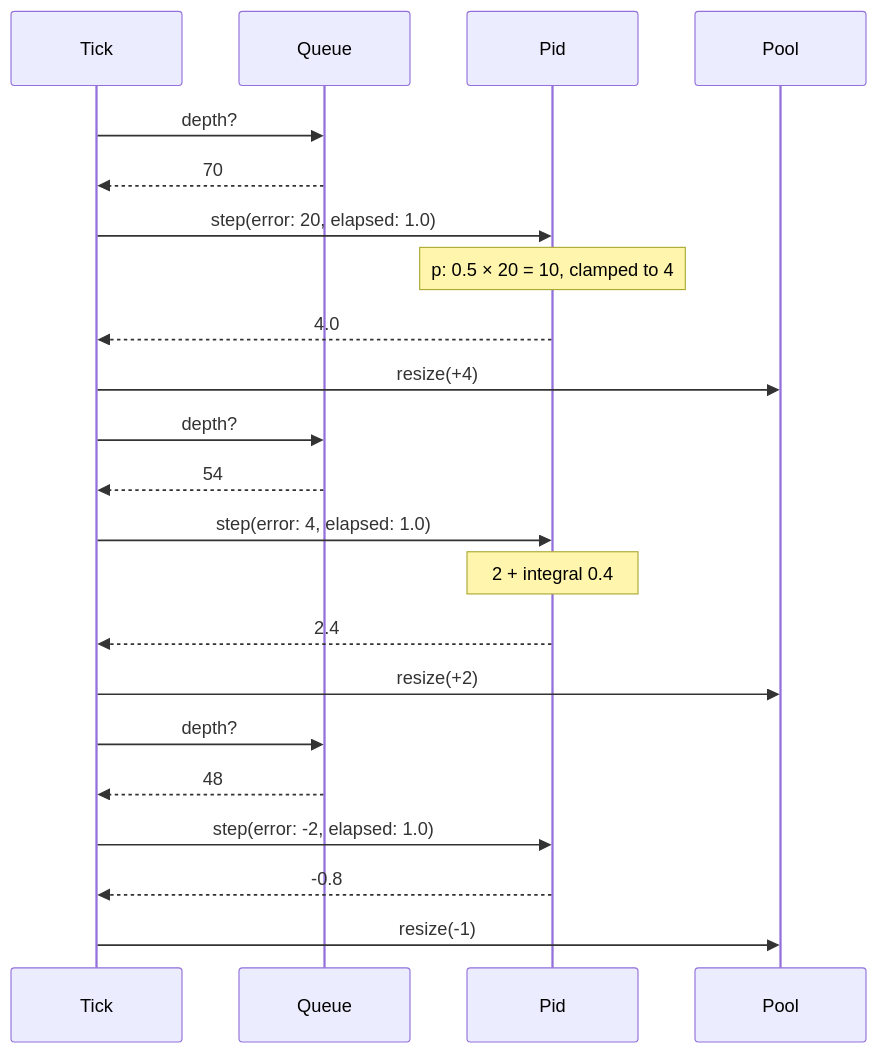
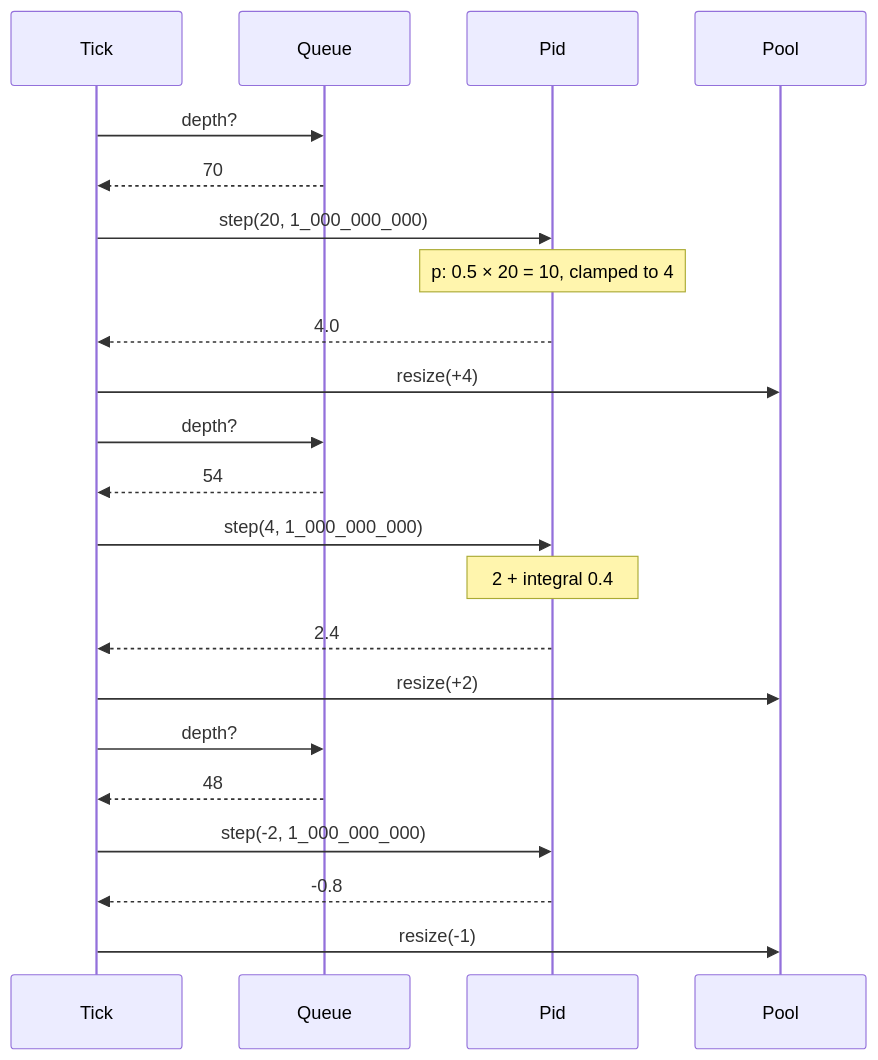
One commit to seuros/feedback_machines changed the second of 2 diagrams in README.md. Above: the diagram before and after it, drawn with Mermaid. The commit also changed other lines of this file and 8 other files, not shown here.

````diff
--- a/README.md
+++ b/README.md
@@ -78,27 +83,27 @@
 ```mermaid
 sequenceDiagram
     participant Tick
     participant Queue
     participant Pid
     participant Pool
 
     Tick->>Queue: depth?
     Queue-->>Tick: 70
-    Tick->>Pid: step(error: 20, elapsed: 1.0)
+    Tick->>Pid: step(20, 1_000_000_000)
     Note over Pid: p: 0.5 × 20 = 10, clamped to 4
     Pid-->>Tick: 4.0
     Tick->>Pool: resize(+4)
 
     Tick->>Queue: depth?
     Queue-->>Tick: 54
-    Tick->>Pid: step(error: 4, elapsed: 1.0)
+    Tick->>Pid: step(4, 1_000_000_000)
     Note over Pid: 2 + integral 0.4
     Pid-->>Tick: 2.4
     Tick->>Pool: resize(+2)
 
     Tick->>Queue: depth?
     Queue-->>Tick: 48
-    Tick->>Pid: step(error: -2, elapsed: 1.0)
+    Tick->>Pid: step(-2, 1_000_000_000)
     Pid-->>Tick: -0.8
     Tick->>Pool: resize(-1)
 ```
````
